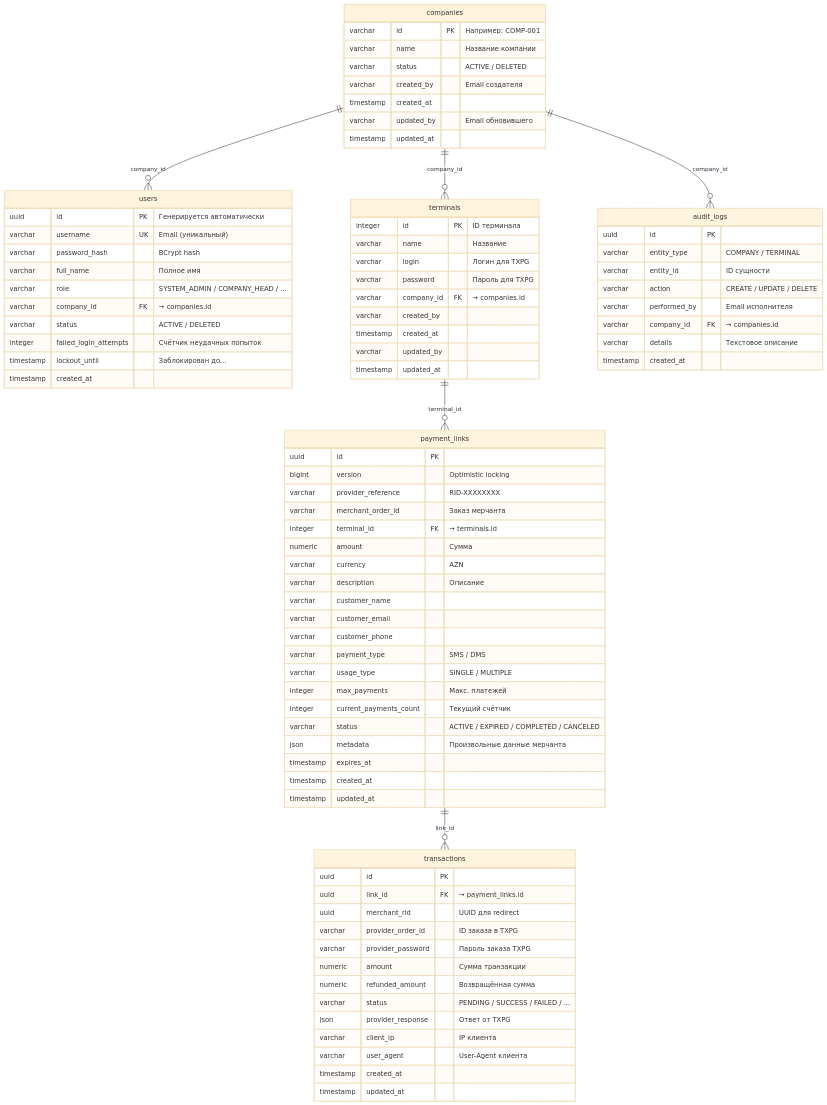
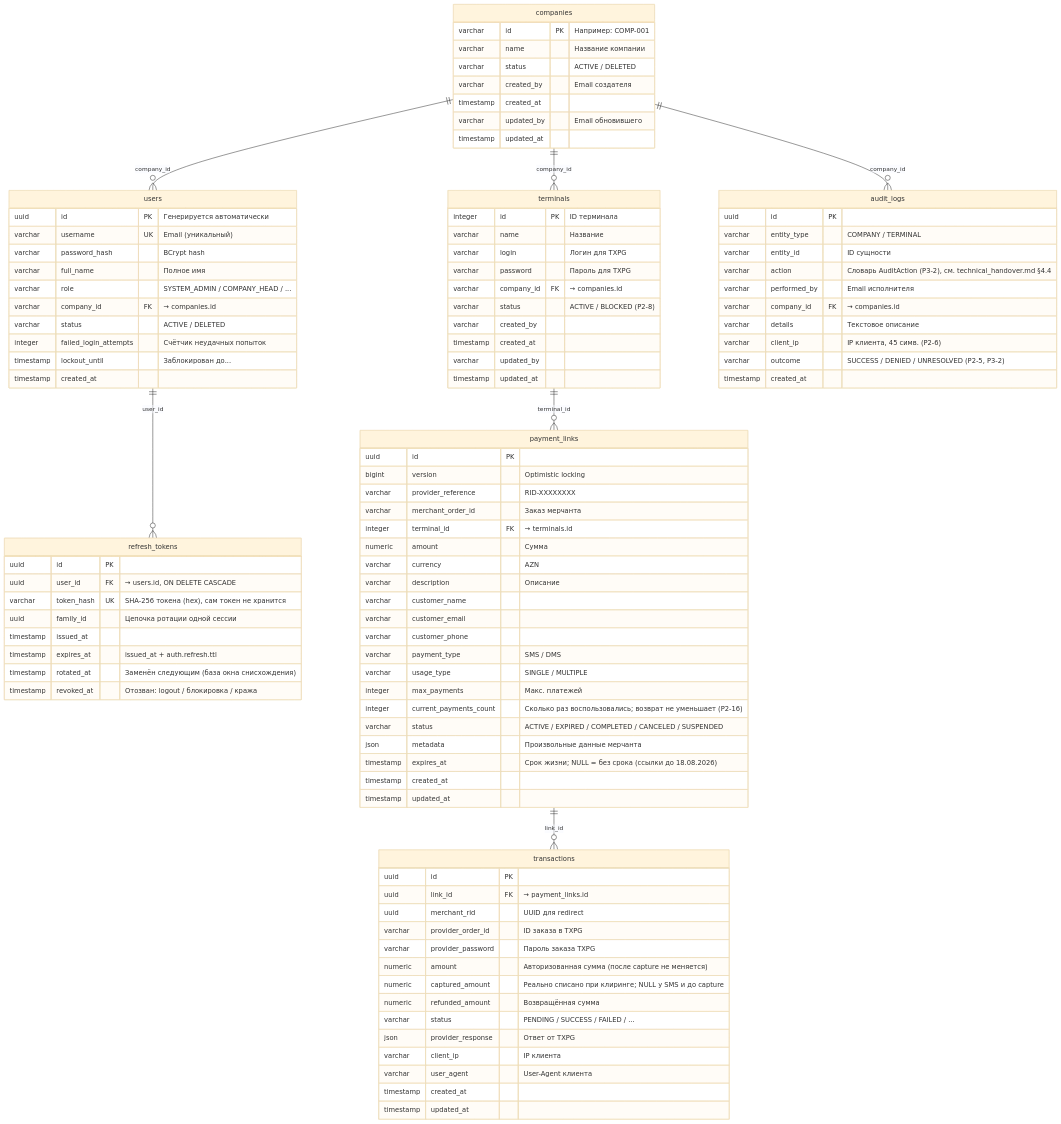
One commit to Gaena/merchant-portal-mk changed the ninth of 12 diagrams in application_description.md. Above: the diagram before and after it, drawn with Mermaid (base theme). The commit also changed other lines of this file and 502 other files, not shown here.

````diff
--- a/application_description.md
+++ b/application_description.md
@@ -686,6 +1401,7 @@
 ```mermaid
 erDiagram
     companies ||--o{ users : "company_id"
+    users ||--o{ refresh_tokens : "user_id"
     companies ||--o{ terminals : "company_id"
     companies ||--o{ audit_logs : "company_id"
     terminals ||--o{ payment_links : "terminal_id"
@@ -714,12 +1430,24 @@
         timestamp created_at
     }
 
+    refresh_tokens {
+        uuid id PK
+        uuid user_id FK "→ users.id, ON DELETE CASCADE"
+        varchar token_hash UK "SHA-256 токена (hex), сам токен не хранится"
+        uuid family_id "Цепочка ротации одной сессии"
+        timestamp issued_at
+        timestamp expires_at "issued_at + auth.refresh.ttl"
+        timestamp rotated_at "Заменён следующим (база окна снисхождения)"
+        timestamp revoked_at "Отозван: logout / блокировка / кража"
+    }
+
     terminals {
         integer id PK "ID терминала"
         varchar name "Название"
         varchar login "Логин для TXPG"
         varchar password "Пароль для TXPG"
         varchar company_id FK "→ companies.id"
+        varchar status "ACTIVE / BLOCKED (P2-8)"
         varchar created_by
         timestamp created_at
         varchar updated_by
@@ -730,10 +1458,12 @@
         uuid id PK
         varchar entity_type "COMPANY / TERMINAL"
         varchar entity_id "ID сущности"
-        varchar action "CREATE / UPDATE / DELETE"
+        varchar action "Словарь AuditAction (P3-2), см. technical_handover.md §4.4"
         varchar performed_by "Email исполнителя"
         varchar company_id FK "→ companies.id"
         varchar details "Текстовое описание"
+        varchar client_ip "IP клиента, 45 симв. (P2-6)"
+        varchar outcome "SUCCESS / DENIED / UNRESOLVED (P2-5, P3-2)"
         timestamp created_at
     }
 
@@ -752,10 +1482,10 @@
         varchar payment_type "SMS / DMS"
         varchar usage_type "SINGLE / MULTIPLE"
         integer max_payments "Макс. платежей"
-        integer current_payments_count "Текущий счётчик"
-        varchar status "ACTIVE / EXPIRED / COMPLETED / CANCELED"
+        integer current_payments_count "Сколько раз воспользовались; возврат не уменьшает (P2-16)"
+        varchar status "ACTIVE / EXPIRED / COMPLETED / CANCELED / SUSPENDED"
         json metadata "Произвольные данные мерчанта"
-        timestamp expires_at
+        timestamp expires_at "Срок жизни; NULL = без срока (ссылки до 18.08.2026)"
         timestamp created_at
         timestamp updated_at
     }
@@ -766,7 +1496,8 @@
         uuid merchant_rid "UUID для redirect"
         varchar provider_order_id "ID заказа в TXPG"
         varchar provider_password "Пароль заказа TXPG"
-        numeric amount "Сумма транзакции"
+        numeric amount "Авторизованная сумма (после capture не меняется)"
+        numeric captured_amount "Реально списано при клиринге; NULL у SMS и до capture"
         numeric refunded_amount "Возвращённая сумма"
         varchar status "PENDING / SUCCESS / FAILED / ..."
         json provider_response "Ответ от TXPG"
````
